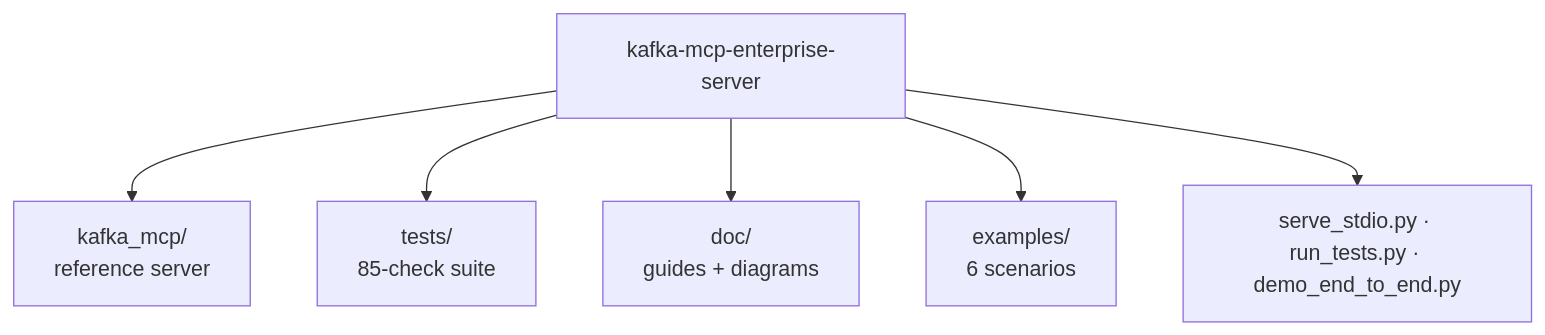
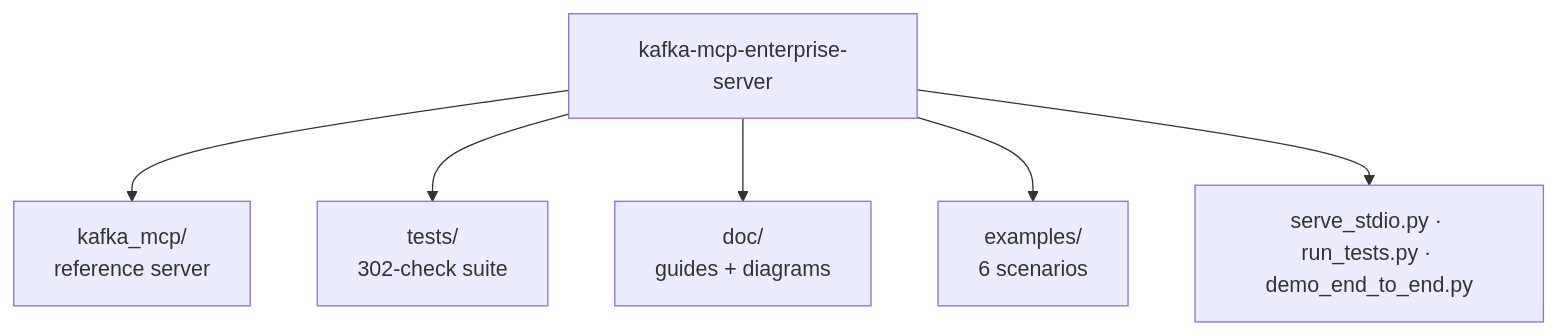
One commit to vaquarkhan/kafka-mcp-enterprise-server changed the third of 3 diagrams in README.md. Above: the diagram before and after it, drawn with Mermaid. The commit also changed other lines of this file and 44 other files, not shown here.

````diff
--- a/README.md
+++ b/README.md
@@ -318,14 +342,14 @@
 ```mermaid
 flowchart TB
   root["kafka-mcp-enterprise-server"]
   pkg["kafka_mcp/<br/>reference server"]
-  tests["tests/<br/>85-check suite"]
+  tests["tests/<br/>302-check suite"]
   docs["doc/<br/>guides + diagrams"]
   ex["examples/<br/>6 scenarios"]
   entry["serve_stdio.py · run_tests.py · demo_end_to_end.py"]
   root --> pkg
   root --> tests
   root --> docs
   root --> ex
   root --> entry
 ```
````
